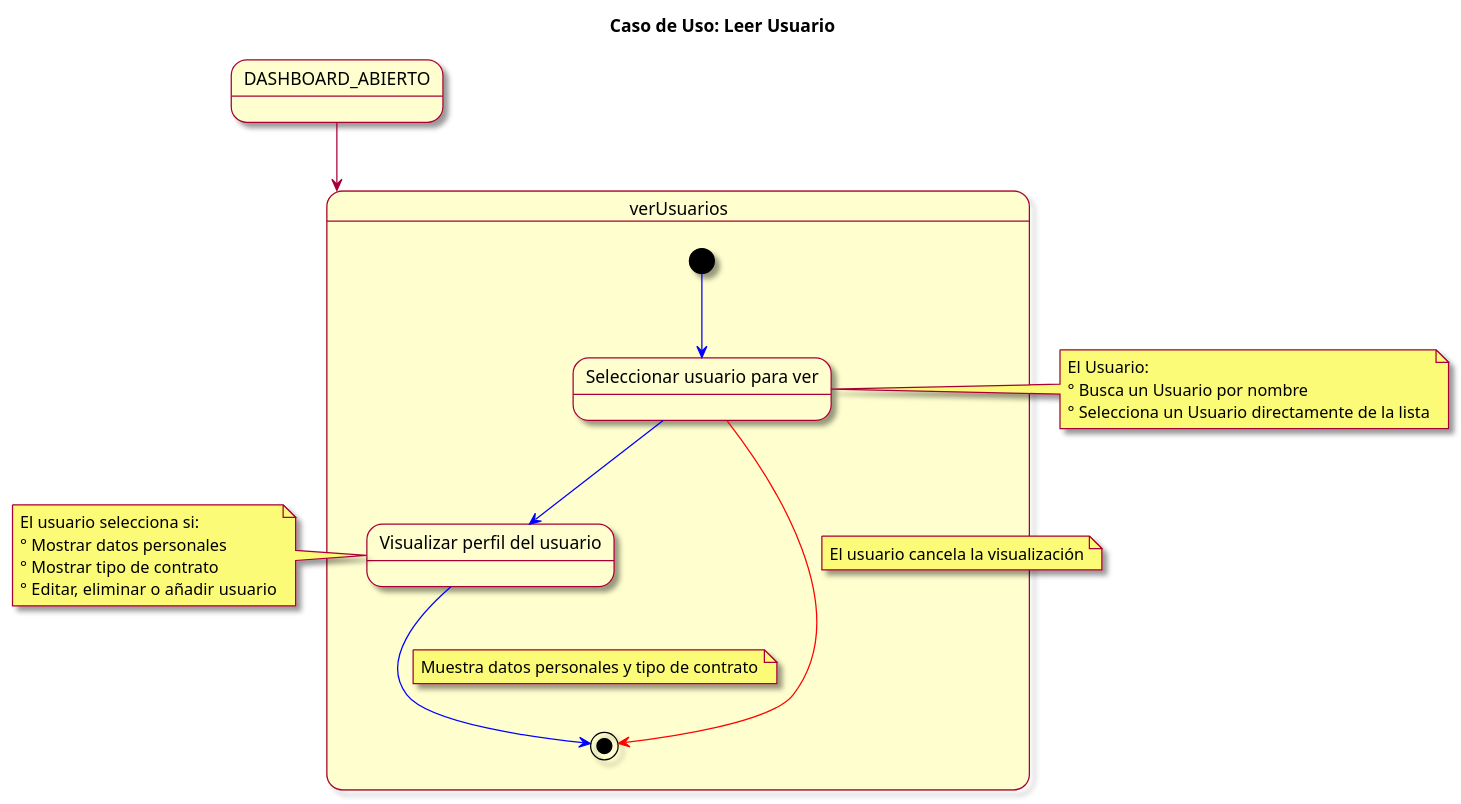
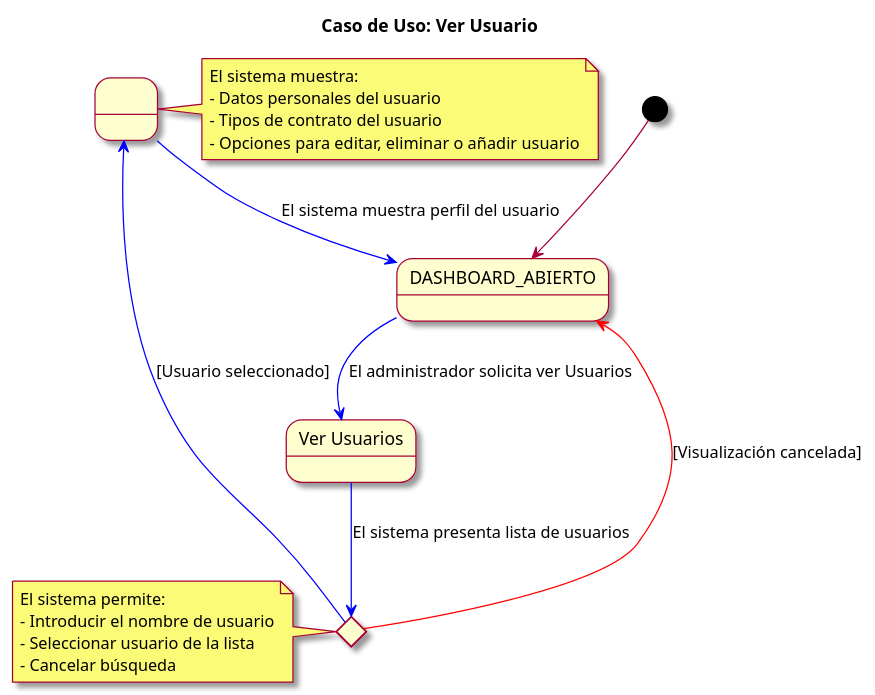
One commit to mmasias/23-24-IdSw1-SDR changed the diagram in modelosUML/casosDeUso/detalles/verUsuario.puml. Above: the diagram before and after it, drawn with PlantUML.

Commit message:
modificado caso de uso ver usuario

```diff
--- a/modelosUML/casosDeUso/detalles/verUsuario.puml
+++ b/modelosUML/casosDeUso/detalles/verUsuario.puml
@@ -1,34 +1,34 @@
 @startuml
 skin rose
-title Caso de Uso: Leer Usuario
+title Caso de Uso: Ver Usuario
 
-state DASHBOARD_ABIERTO
+state DASHBOARD_ABIERTO as "DASHBOARD_ABIERTO"
+state LeerUsuarios as "Ver Usuarios"
+state SeleccionarUsuario <<choice>>
+state VisualizarPerfil as " "
 
-DASHBOARD_ABIERTO --> verUsuarios
 
-state verUsuarios {
-  [*] -[#blue]-> seleccionarUsuario
-  state "Seleccionar usuario para ver" as seleccionarUsuario
-  seleccionarUsuario -[#blue]-> visualizarPerfil
-  state "Visualizar perfil del usuario" as visualizarPerfil
-  visualizarPerfil -[#blue]-> [*]
-  note on link: Muestra datos personales y tipo de contrato
-  
-  seleccionarUsuario -[#red]-> [*]
-  note on link: El usuario cancela la visualización
-}
+[*] --> DASHBOARD_ABIERTO
+DASHBOARD_ABIERTO -[#blue]-> LeerUsuarios : El administrador solicita ver Usuarios
+LeerUsuarios -[#blue]-> SeleccionarUsuario : El sistema presenta lista de usuarios
+SeleccionarUsuario -[#blue]-> VisualizarPerfil : [Usuario seleccionado]
+VisualizarPerfil -[#blue]-> DASHBOARD_ABIERTO : El sistema muestra perfil del usuario
+SeleccionarUsuario -[#red]-> DASHBOARD_ABIERTO : [Visualización cancelada]
 
-note left of visualizarPerfil
-  El usuario selecciona si:
-  ° Mostrar datos personales
-  ° Mostrar tipo de contrato
-  ° Editar, eliminar o añadir usuario
+note right of VisualizarPerfil
+  El sistema muestra:
+  - Datos personales del usuario
+  - Tipos de contrato del usuario
+  - Opciones para editar, eliminar o añadir usuario
 end note
 
-note left of seleccionarUsuario
-  El Usuario:
-  ° Busca un Usuario por nombre
-  ° Selecciona un Usuario directamente de la lista
+note left of SeleccionarUsuario
+  El sistema permite:
+  - Introducir el nombre de usuario
+  - Seleccionar usuario de la lista
+  - Cancelar búsqueda
 end note
 
+
+
 @enduml
```
